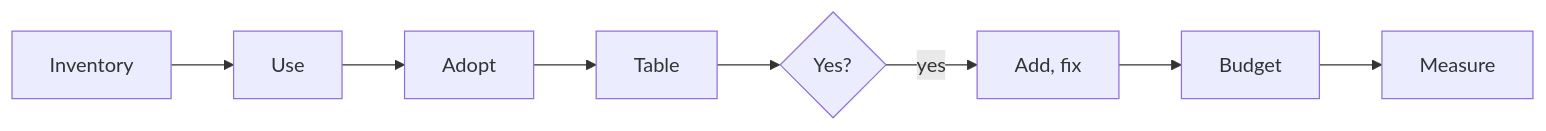
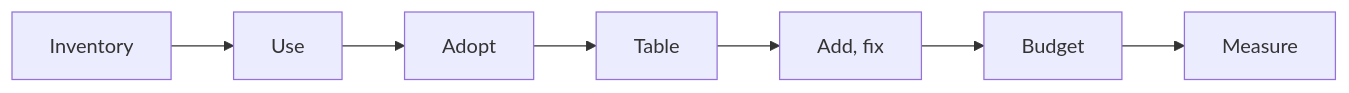
The diagram in plugin/skills/equip/SKILL.md (Colorado-Startups/claudius), drawn with Mermaid before and after one commit. The commit also changed other lines of this file and 15 other files, not shown here.

````diff
--- a/plugin/skills/equip/SKILL.md
+++ b/plugin/skills/equip/SKILL.md
@@ -17,4 +17,4 @@
 ```mermaid
 flowchart LR
-  I[Inventory] --> U[Use] --> D[Adopt] --> T[Table] --> Y{Yes?} -->|yes| A[Add, fix] --> B[Budget] --> M[Measure]
+  I[Inventory] --> U[Use] --> D[Adopt] --> T[Table] --> A[Add, fix] --> B[Budget] --> M[Measure]
 ```
````
